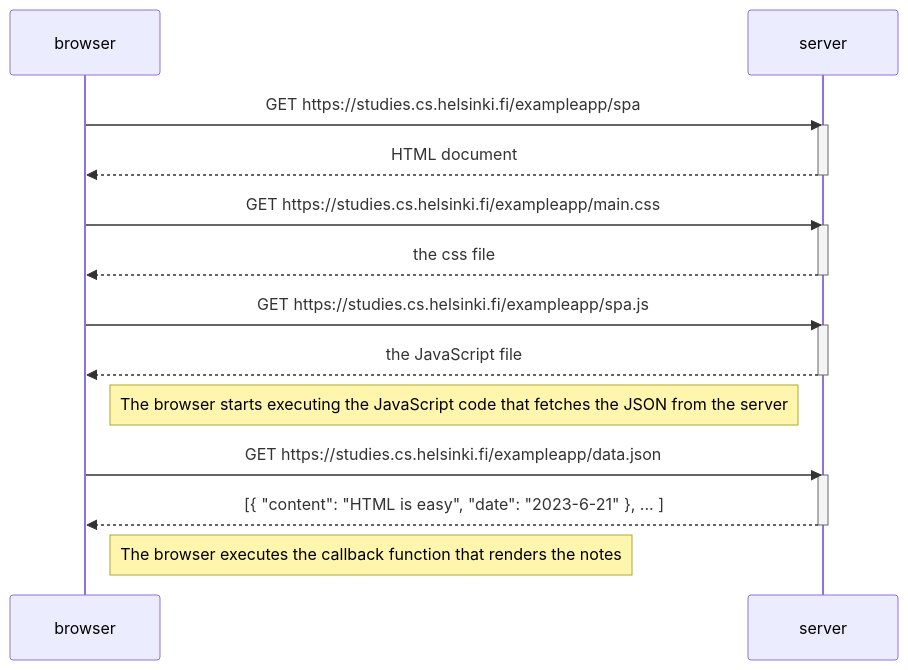
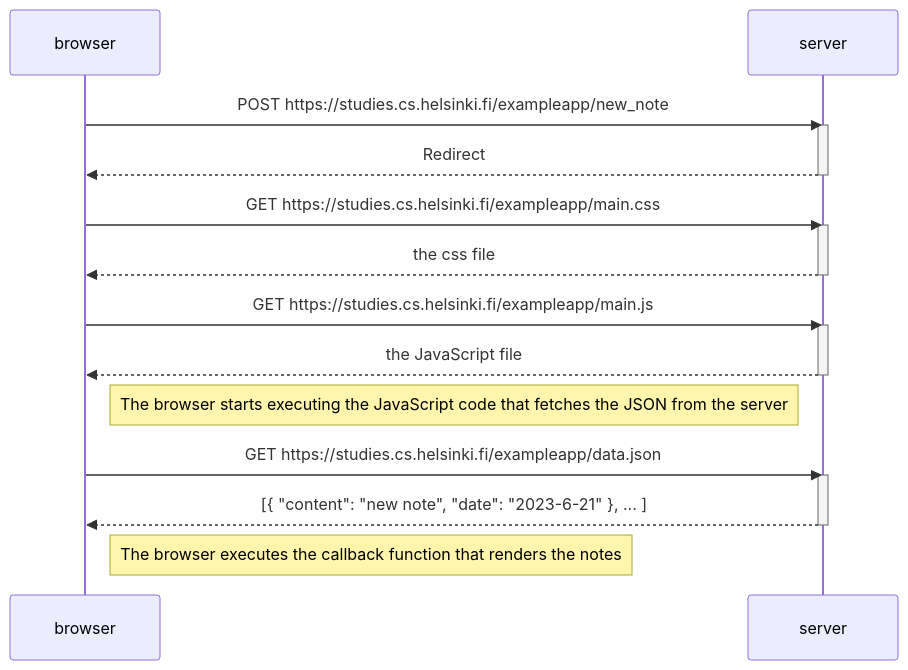
One commit to Elsborg/fullstackopen changed the diagram in part0/0.4:New note diagram.md. Above: the diagram before and after it, drawn with Mermaid.

Commit message:
Update 0.4:New note diagram.md

````diff
--- a/part0/0.4:New note diagram.md
+++ b/part0/0.4:New note diagram.md
@@ -1,29 +1,29 @@
 ```mermaid
 sequenceDiagram
     participant browser
     participant server
 
-    browser->>server: GET https://studies.cs.helsinki.fi/exampleapp/spa
+    browser->>server: POST https://studies.cs.helsinki.fi/exampleapp/new_note
     activate server
-    server-->>browser: HTML document
+    server-->>browser: Redirect
     deactivate server
 
     browser->>server: GET https://studies.cs.helsinki.fi/exampleapp/main.css
     activate server
     server-->>browser: the css file
     deactivate server
 
-    browser->>server: GET https://studies.cs.helsinki.fi/exampleapp/spa.js
+    browser->>server: GET https://studies.cs.helsinki.fi/exampleapp/main.js
     activate server
     server-->>browser: the JavaScript file
     deactivate server
 
     Note right of browser: The browser starts executing the JavaScript code that fetches the JSON from the server
 
     browser->>server: GET https://studies.cs.helsinki.fi/exampleapp/data.json
     activate server
-    server-->>browser: [{ "content": "HTML is easy", "date": "2023-6-21" }, ... ]
+    server-->>browser: [{ "content": "new note", "date": "2023-6-21" }, ... ]
     deactivate server
 
     Note right of browser: The browser executes the callback function that renders the notes
 ```
````
